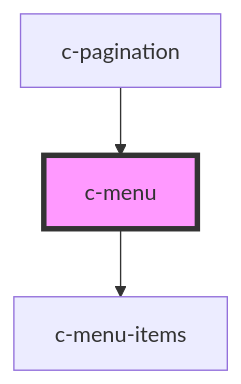
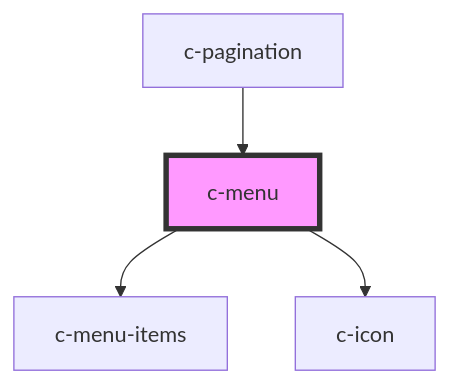
Before and after one commit to CSCfi/ui: the diagram in packages/csc-ui/src/components/c-menu/readme.md, drawn with Mermaid. The commit also changed other lines of this file and 25 other files, not shown here.

````diff
--- a/packages/csc-ui/src/components/c-menu/readme.md
+++ b/packages/csc-ui/src/components/c-menu/readme.md
@@ -38,6 +50,7 @@
 ```mermaid
 graph TD;
   c-menu --> c-menu-items
+  c-menu --> c-icon
   c-pagination --> c-menu
   style c-menu fill:#f9f,stroke:#333,stroke-width:4px
 ```
````
